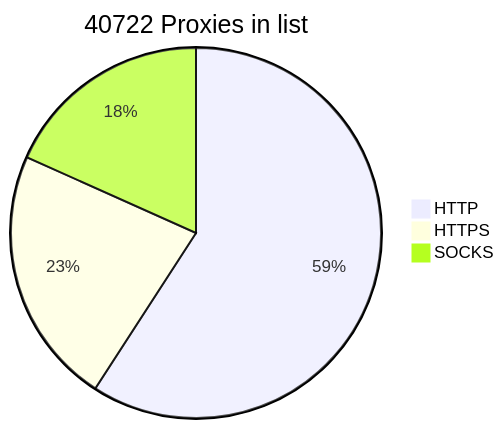
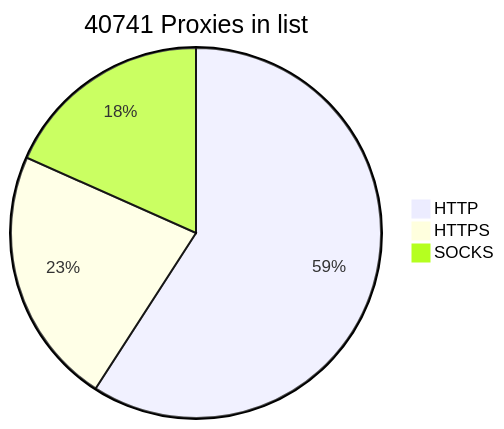
The diagram in README.md (BlackSnowDot/proxylist-update-every-minute), drawn with Mermaid before and after one commit.

````diff
--- a/README.md
+++ b/README.md
@@ -2,6 +2,6 @@
 ```mermaid
-pie title 40722 Proxies in list
-    "HTTP" : 28325
-    "HTTPS": 10801
-    "SOCKS" : 8764
+pie title 40741 Proxies in list
+    "HTTP" : 28326
+    "HTTPS": 10802
+    "SOCKS" : 8783
 ```
````
